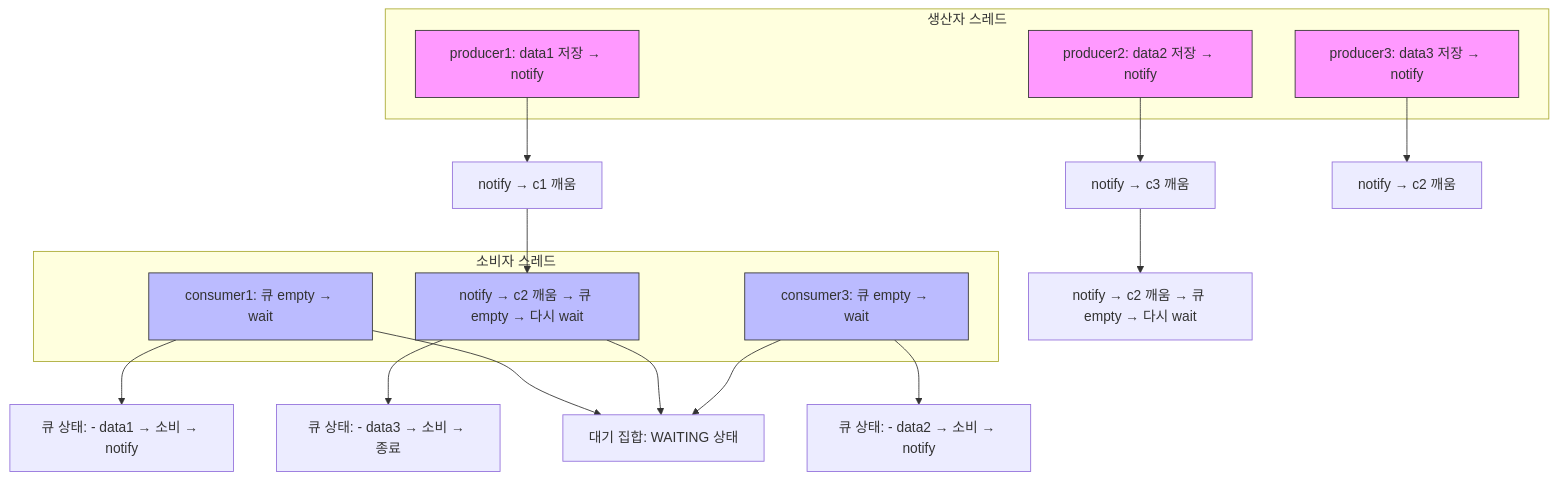
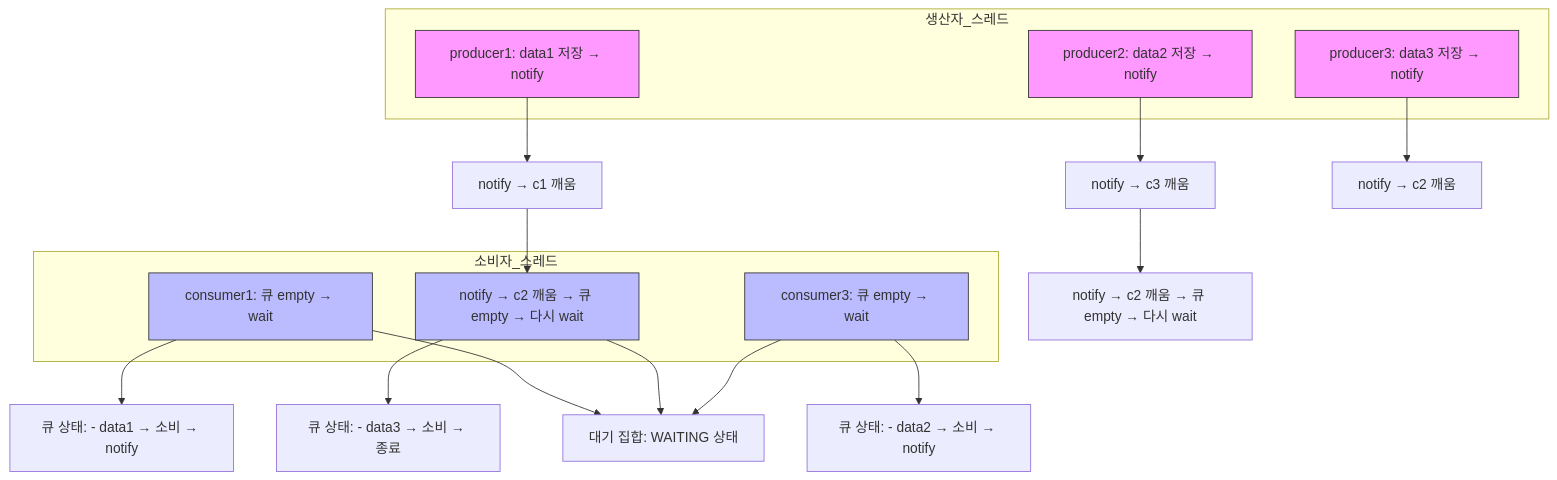
Before and after one commit to xmlbuilder/JavaTutorial: the second of 3 diagrams in 05-고급.01/41-생산자_소비자_wait_notify_비효율문제.md, drawn with Mermaid.

Commit message:
Rename subgraphs in consumer and producer flowchart

````diff
--- a/05-고급.01/41-생산자_소비자_wait_notify_비효율문제.md
+++ b/05-고급.01/41-생산자_소비자_wait_notify_비효율문제.md
@@ -84,33 +84,33 @@
 ```mermaid
 flowchart TD
-    subgraph 소비자 스레드
+    subgraph 소비자_스레드
         C1[consumer1: 큐 empty → wait]
         C2[consumer2: 큐 empty → wait]
         C3[consumer3: 큐 empty → wait]
     end
 
-    subgraph 생산자 스레드
+    subgraph 생산자_스레드
         P1[producer1: data1 저장 → notify]
         P2[producer2: data2 저장 → notify]
         P3[producer3: data3 저장 → notify]
     end
 
     C1 --> W1[대기 집합: WAITING 상태]
     C2 --> W1
     C3 --> W1
     P1 --> N1[notify → c1 깨움]
     C1 --> Q1[큐 상태: - data1 → 소비 → notify]
     N1 --> C2[notify → c2 깨움 → 큐 empty → 다시 wait]
     P2 --> N2[notify → c3 깨움]
     C3 --> Q2[큐 상태: - data2 → 소비 → notify]
     N2 --> C2_2[notify → c2 깨움 → 큐 empty → 다시 wait]
     P3 --> N3[notify → c2 깨움]
     C2 --> Q3[큐 상태: - data3 → 소비 → 종료]
 
     style P1 fill:#f9f,stroke:#333,stroke-width:1px
     style P2 fill:#f9f,stroke:#333,stroke-width:1px
     style P3 fill:#f9f,stroke:#333,stroke-width:1px
     style C1 fill:#bbf,stroke:#333,stroke-width:1px
     style C2 fill:#bbf,stroke:#333,stroke-width:1px
     style C3 fill:#bbf,stroke:#333,stroke-width:1px
 ```
````
